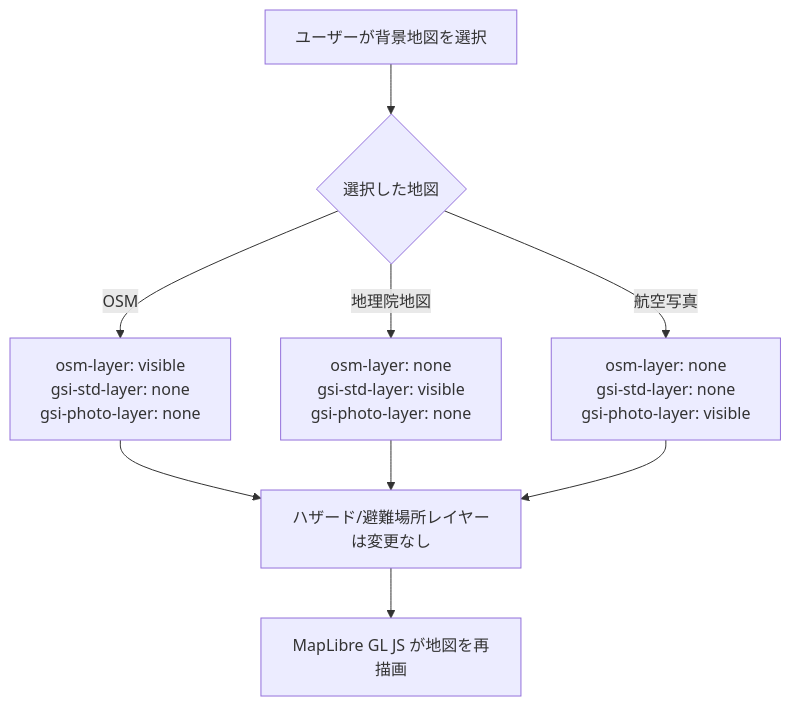
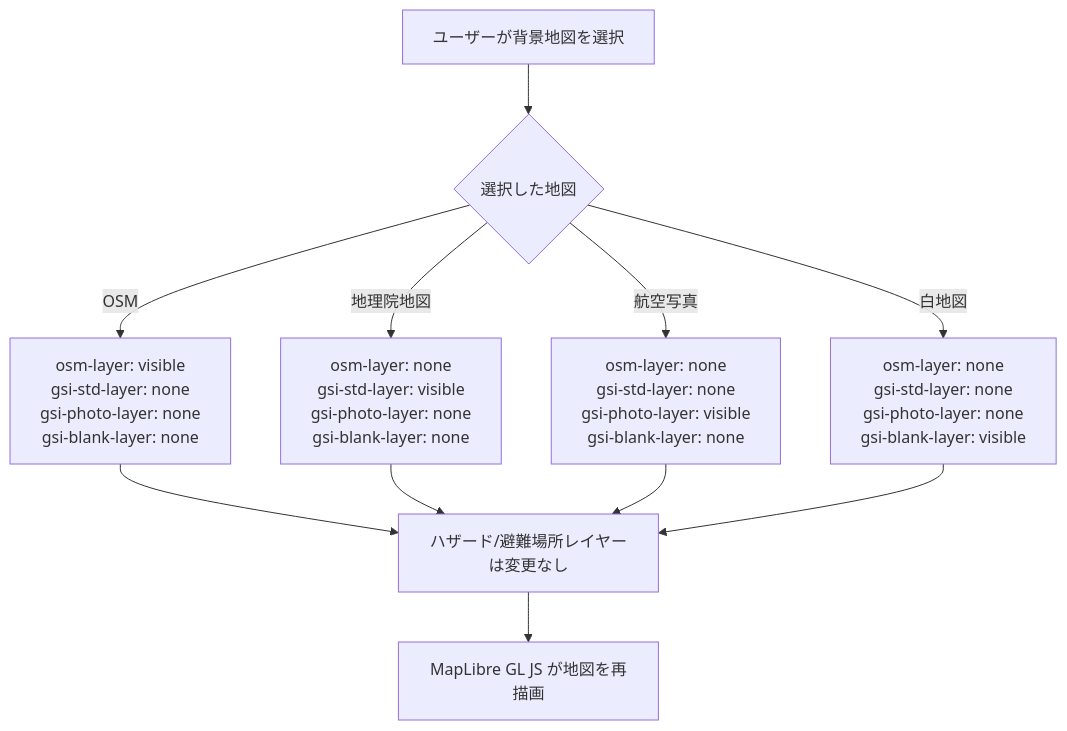
The fourth of 6 diagrams in 03_advanced_with_tsumiki/docs/design/basemap-switcher/dataflow.md (miyato1122/location-tech-sample-v1), drawn with Mermaid before and after one commit. The commit also changed other lines of this file and 9 other files, not shown here.

First line of the commit message:
feat(basemap-switcher): 背景地図パネルを縦並びにし、国土地理院白地図を追加する

````diff
--- a/03_advanced_with_tsumiki/docs/design/basemap-switcher/dataflow.md
+++ b/03_advanced_with_tsumiki/docs/design/basemap-switcher/dataflow.md
@@ -89,11 +89,13 @@
 ```mermaid
 flowchart TD
     A[ユーザーが背景地図を選択] --> B{選択した地図}
-    B -->|OSM| C[osm-layer: visible\ngsi-std-layer: none\ngsi-photo-layer: none]
-    B -->|地理院地図| D[osm-layer: none\ngsi-std-layer: visible\ngsi-photo-layer: none]
-    B -->|航空写真| E[osm-layer: none\ngsi-std-layer: none\ngsi-photo-layer: visible]
-    C --> F[ハザード/避難場所レイヤーは変更なし]
-    D --> F
-    E --> F
-    F --> G[MapLibre GL JS が地図を再描画]
+    B -->|OSM| C[osm-layer: visible\ngsi-std-layer: none\ngsi-photo-layer: none\ngsi-blank-layer: none]
+    B -->|地理院地図| D[osm-layer: none\ngsi-std-layer: visible\ngsi-photo-layer: none\ngsi-blank-layer: none]
+    B -->|航空写真| E[osm-layer: none\ngsi-std-layer: none\ngsi-photo-layer: visible\ngsi-blank-layer: none]
+    B -->|白地図| F[osm-layer: none\ngsi-std-layer: none\ngsi-photo-layer: none\ngsi-blank-layer: visible]
+    C --> G[ハザード/避難場所レイヤーは変更なし]
+    D --> G
+    E --> G
+    F --> G
+    G --> H[MapLibre GL JS が地図を再描画]
 ```
````
